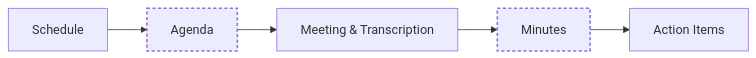
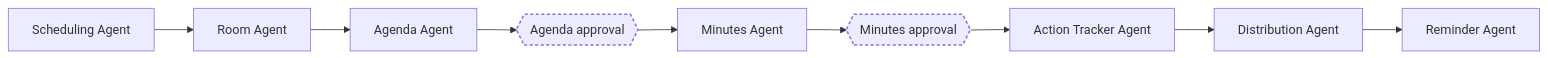
Before and after one commit to aniiiket08/meeting-workflow-engine: the diagram in README.md, drawn with Mermaid. The commit also changed other lines of this file and 92 other files, not shown here.

````diff
--- a/README.md
+++ b/README.md
@@ -38,11 +39,15 @@
 ```mermaid
 flowchart LR
-    A[Schedule] --> B[Agenda]
-    B --> C[Meeting & Transcription]
-    C --> D[Minutes]
-    D --> E[Action Items]
+    A[Scheduling Agent] --> B[Room Agent]
+    B --> C[Agenda Agent]
+    C --> G1{{Agenda approval}}
+    G1 --> D[Minutes Agent]
+    D --> G2{{Minutes approval}}
+    G2 --> E[Action Tracker Agent]
+    E --> F[Distribution Agent]
+    F --> R[Reminder Agent]
 
-    B:::gate
-    D:::gate
+    G1:::gate
+    G2:::gate
     classDef gate stroke-width:2px,stroke-dasharray: 4 3
 ```
````
